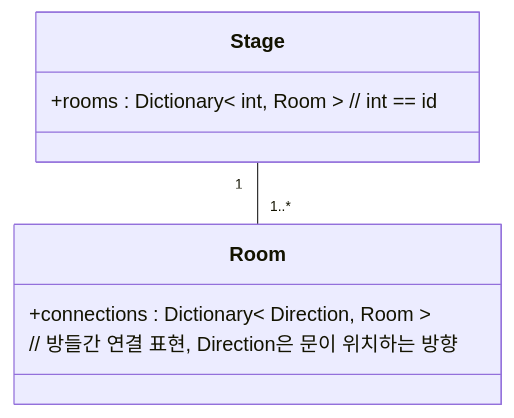
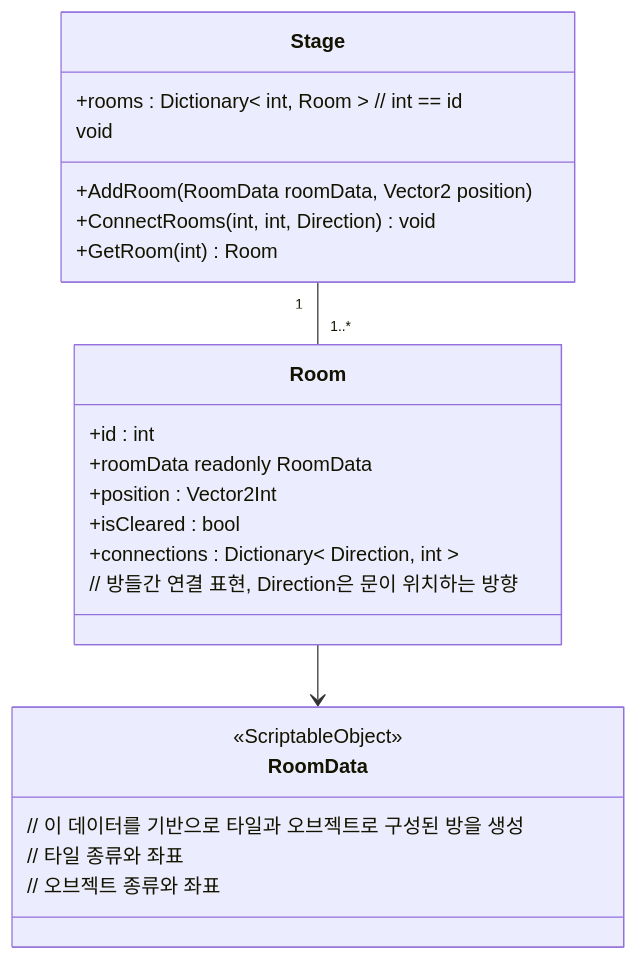
Before and after one commit to JIN5EOK/DungeonShooter: the second of 2 diagrams in Assets/_README/Stage_Spec.md, drawn with Mermaid. The commit also changed other lines of this file, not shown here.

Commit message:
docs: 스테이지 구성 문서 작성중

````diff
--- a/Assets/_README/Stage_Spec.md
+++ b/Assets/_README/Stage_Spec.md
@@ -28,12 +27,27 @@
 ```mermaid
 classDiagram
     class Stage {
         +rooms : Dictionary< int, Room > // int == id
+        +AddRoom(RoomData roomData, Vector2 position) 
+        void
+        +ConnectRooms(int, int, Direction) void
+        +GetRoom(int) Room
     }
     class Room {
-        +connections : Dictionary< Direction, Room > 
+        +id : int
+        +roomData readonly RoomData 
+        +position : Vector2Int
+        +isCleared : bool
+        +connections : Dictionary< Direction, int > 
         // 방들간 연결 표현, Direction은 문이 위치하는 방향
+    }
+    class RoomData {
+        <<ScriptableObject>>
+        // 이 데이터를 기반으로 타일과 오브젝트로 구성된 방을 생성
+        // 타일 종류와 좌표
+        // 오브젝트 종류와 좌표
     }
 
     Stage "1" -- "1..*" Room
+    Room --> RoomData
 ```
````
